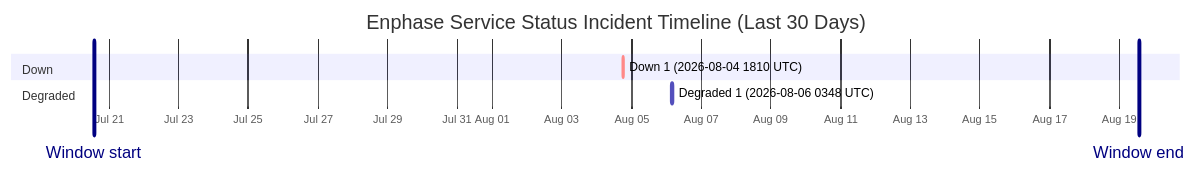
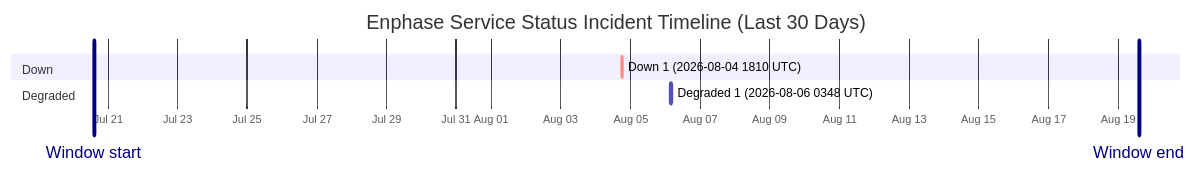
One commit to barneyonline/ha-enphase-energy changed the diagram in wiki/Service-Status-History.md. Above: the diagram before and after it, drawn with Mermaid. The commit also changed other lines of this file and 3 other files, not shown here.

````diff
--- a/wiki/Service-Status-History.md
+++ b/wiki/Service-Status-History.md
@@ -14,12 +14,12 @@
 ```mermaid
 gantt
     title Enphase Service Status Incident Timeline (Last 30 Days)
     dateFormat  YYYY-MM-DDTHH:mm:ss
     axisFormat  %b %d
-    Window start :vert, window-start, 2026-07-20T13:42:02, 0ms
-    Window end :vert, window-end, 2026-08-19T13:42:02, 0ms
+    Window start :vert, window-start, 2026-07-20T14:31:09, 0ms
+    Window end :vert, window-end, 2026-08-19T14:31:09, 0ms
     section Down
     Down 1 (2026-08-04 1810 UTC) :crit, down-1, 2026-08-04T18:10:46, 60m
     section Degraded
     Degraded 1 (2026-08-06 0348 UTC) :active, degraded-1, 2026-08-06T03:48:14, 60m
 ```
````
